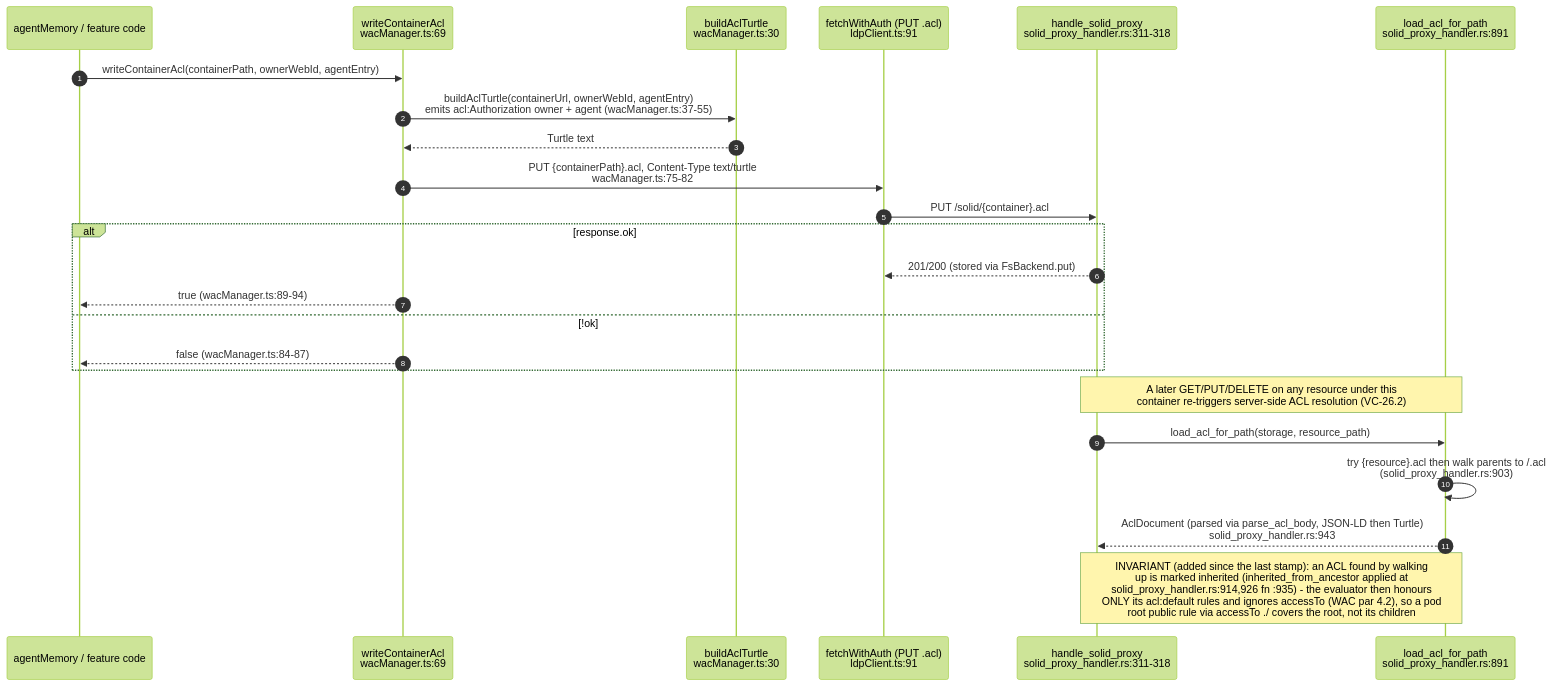
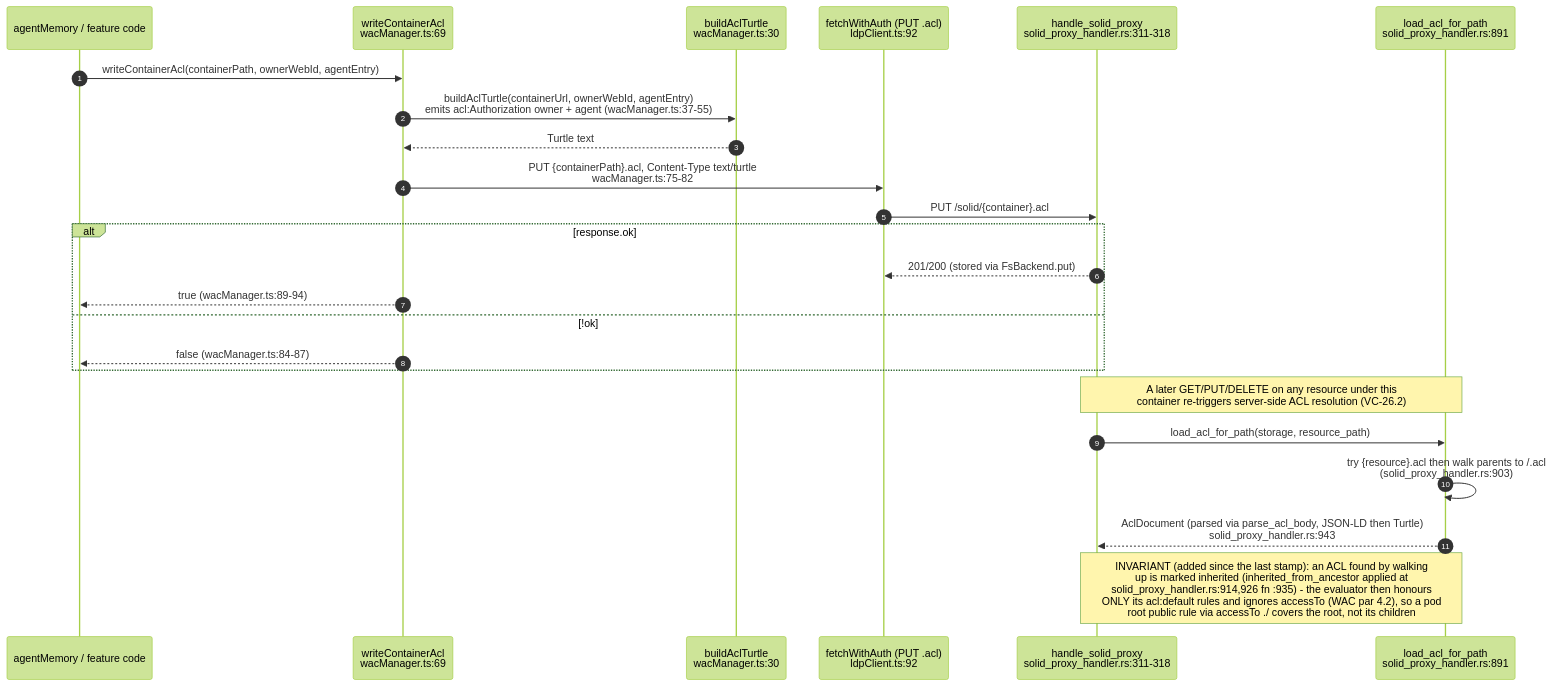
The seventh of 13 diagrams in docs/diagrams/visionclaw/26-solid-pod-and-jss.md (DreamLab-AI/VisionFlow), drawn with Mermaid (forest theme) before and after one commit. The commit also changed other lines of this file and 173 other files, not shown here.

````diff
--- a/docs/diagrams/visionclaw/26-solid-pod-and-jss.md
+++ b/docs/diagrams/visionclaw/26-solid-pod-and-jss.md
@@ -318,28 +324,28 @@
 ```mermaid
 sequenceDiagram
     autonumber
     participant Caller as agentMemory / feature code
     participant WAC as writeContainerAcl<br/>wacManager.ts:69
     participant B as buildAclTurtle<br/>wacManager.ts:30
-    participant F as fetchWithAuth (PUT .acl)<br/>ldpClient.ts:91
+    participant F as fetchWithAuth (PUT .acl)<br/>ldpClient.ts:92
     participant H as handle_solid_proxy<br/>solid_proxy_handler.rs:311-318
     participant R as load_acl_for_path<br/>solid_proxy_handler.rs:891
 
     Caller->>WAC: writeContainerAcl(containerPath, ownerWebId, agentEntry)
     WAC->>B: buildAclTurtle(containerUrl, ownerWebId, agentEntry)<br/>emits acl:Authorization owner + agent (wacManager.ts:37-55)
     B-->>WAC: Turtle text
     WAC->>F: PUT {containerPath}.acl, Content-Type text/turtle<br/>wacManager.ts:75-82
     F->>H: PUT /solid/{container}.acl
     alt response.ok
         H-->>F: 201/200 (stored via FsBackend.put)
         WAC-->>Caller: true (wacManager.ts:89-94)
     else !ok
         WAC-->>Caller: false (wacManager.ts:84-87)
     end
 
     Note over H,R: A later GET/PUT/DELETE on any resource under this<br/>container re-triggers server-side ACL resolution (VC-26.2)
     H->>R: load_acl_for_path(storage, resource_path)
     R->>R: try {resource}.acl then walk parents to /.acl<br/>(solid_proxy_handler.rs:903)
     R-->>H: AclDocument (parsed via parse_acl_body, JSON-LD then Turtle)<br/>solid_proxy_handler.rs:943
     Note over H,R: INVARIANT (added since the last stamp): an ACL found by walking<br/>up is marked inherited (inherited_from_ancestor applied at<br/>solid_proxy_handler.rs:914,926 fn :935) - the evaluator then honours<br/>ONLY its acl:default rules and ignores accessTo (WAC par 4.2), so a pod<br/>root public rule via accessTo ./ covers the root, not its children
 ```
````
